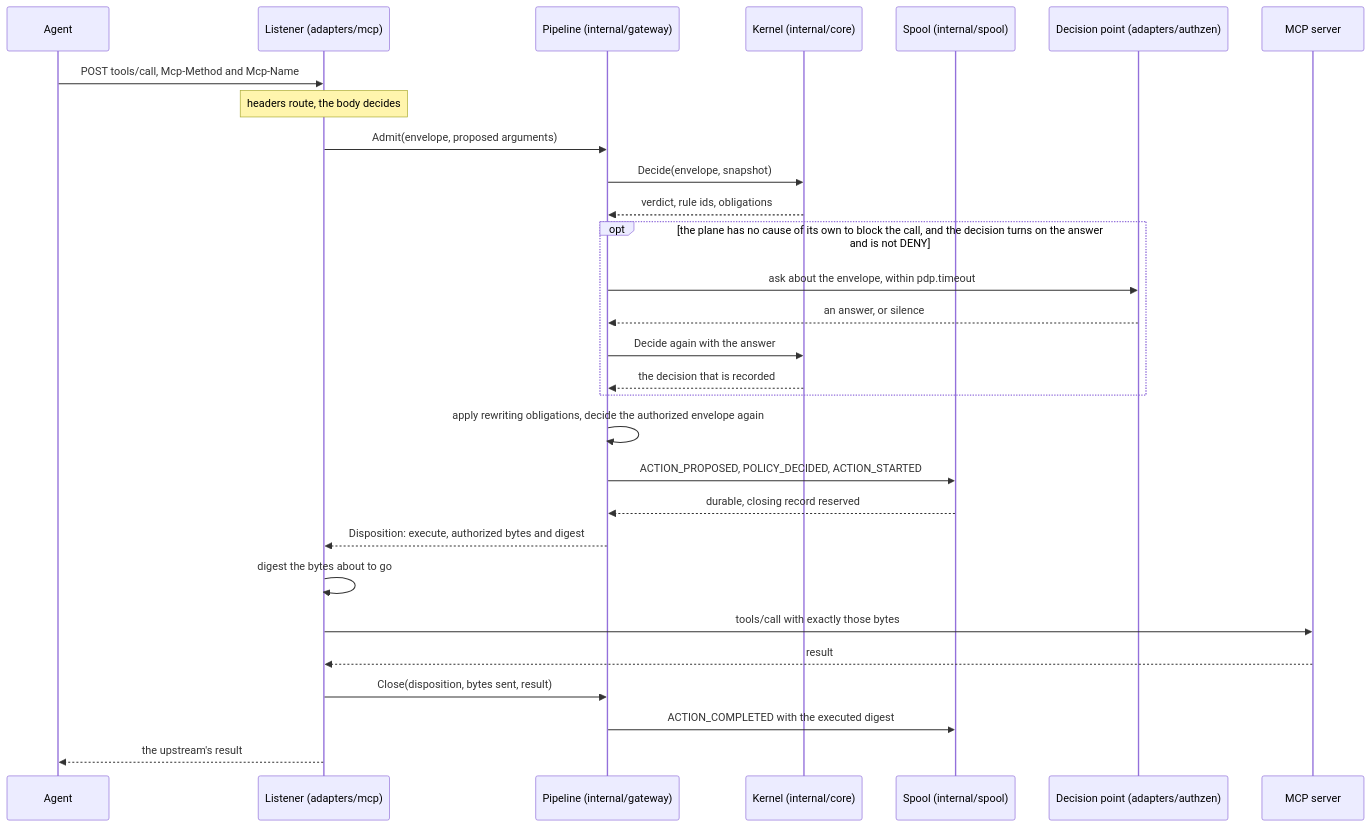
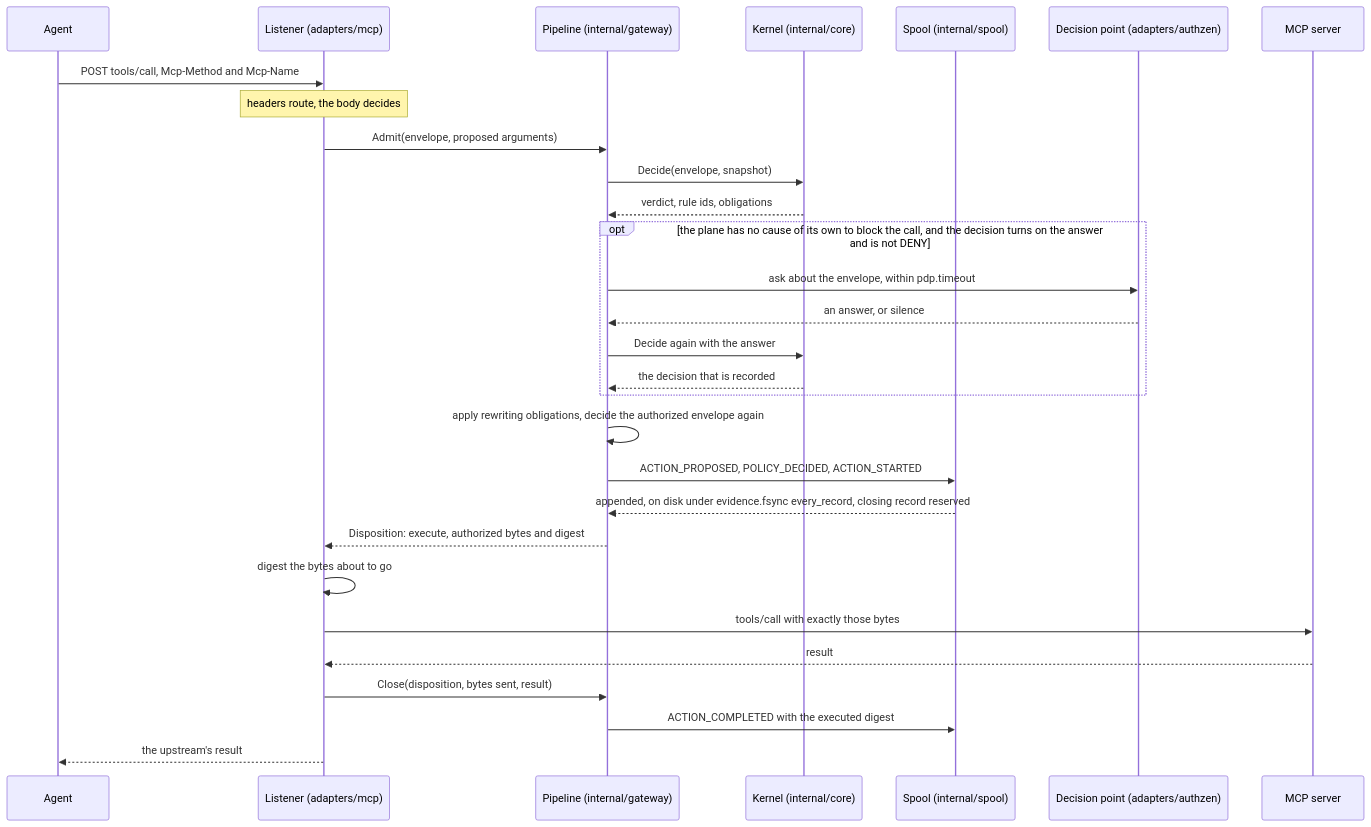
The first of 3 diagrams in docs/concepts/mcp-gateway.md (guardana/control), drawn with Mermaid before and after one commit. The commit also changed 27 other files, not shown here.

````diff
--- a/docs/concepts/mcp-gateway.md
+++ b/docs/concepts/mcp-gateway.md
@@ -20,34 +20,34 @@
 ```mermaid
 sequenceDiagram
     accTitle: One call, end to end
     accDescr: The listener turns a tools/call into an envelope, the pipeline has the kernel decide and may ask a decision point, the opening events are written before anything runs, the listener sends exactly the authorized bytes, and the trail closes with the executed digest.
     participant Agent
     participant Listener as Listener (adapters/mcp)
     participant Plane as Pipeline (internal/gateway)
     participant Kernel as Kernel (internal/core)
     participant Sink as Spool (internal/spool)
     participant PDP as Decision point (adapters/authzen)
     participant Server as MCP server
 
     Agent->>Listener: POST tools/call, Mcp-Method and Mcp-Name
     Note over Listener: headers route, the body decides
     Listener->>Plane: Admit(envelope, proposed arguments)
     Plane->>Kernel: Decide(envelope, snapshot)
     Kernel-->>Plane: verdict, rule ids, obligations
     opt the plane has no cause of its own to block the call, and the decision turns on the answer and is not DENY
         Plane->>PDP: ask about the envelope, within pdp.timeout
         PDP-->>Plane: an answer, or silence
         Plane->>Kernel: Decide again with the answer
         Kernel-->>Plane: the decision that is recorded
     end
     Plane->>Plane: apply rewriting obligations, decide the authorized envelope again
     Plane->>Sink: ACTION_PROPOSED, POLICY_DECIDED, ACTION_STARTED
-    Sink-->>Plane: durable, closing record reserved
+    Sink-->>Plane: appended, on disk under evidence.fsync every_record, closing record reserved
     Plane-->>Listener: Disposition: execute, authorized bytes and digest
     Listener->>Listener: digest the bytes about to go
     Listener->>Server: tools/call with exactly those bytes
     Server-->>Listener: result
     Listener->>Plane: Close(disposition, bytes sent, result)
     Plane->>Sink: ACTION_COMPLETED with the executed digest
     Listener-->>Agent: the upstream's result
 ```
````
